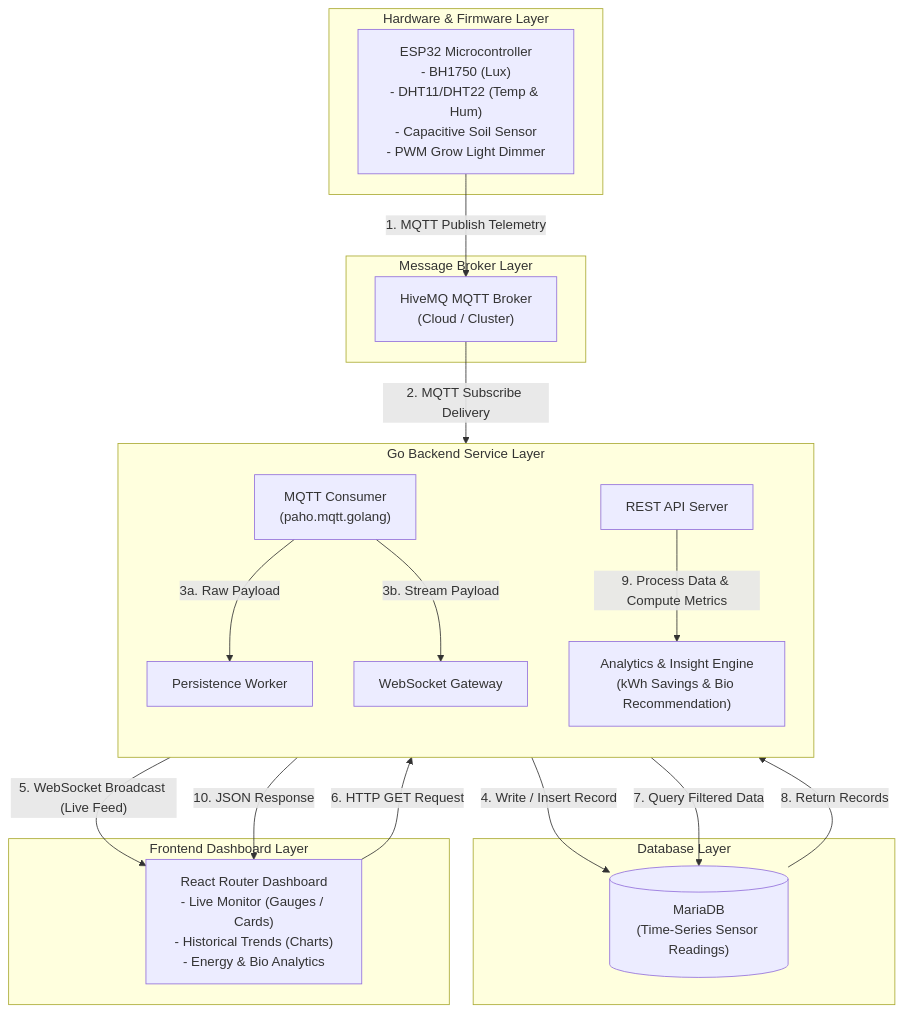
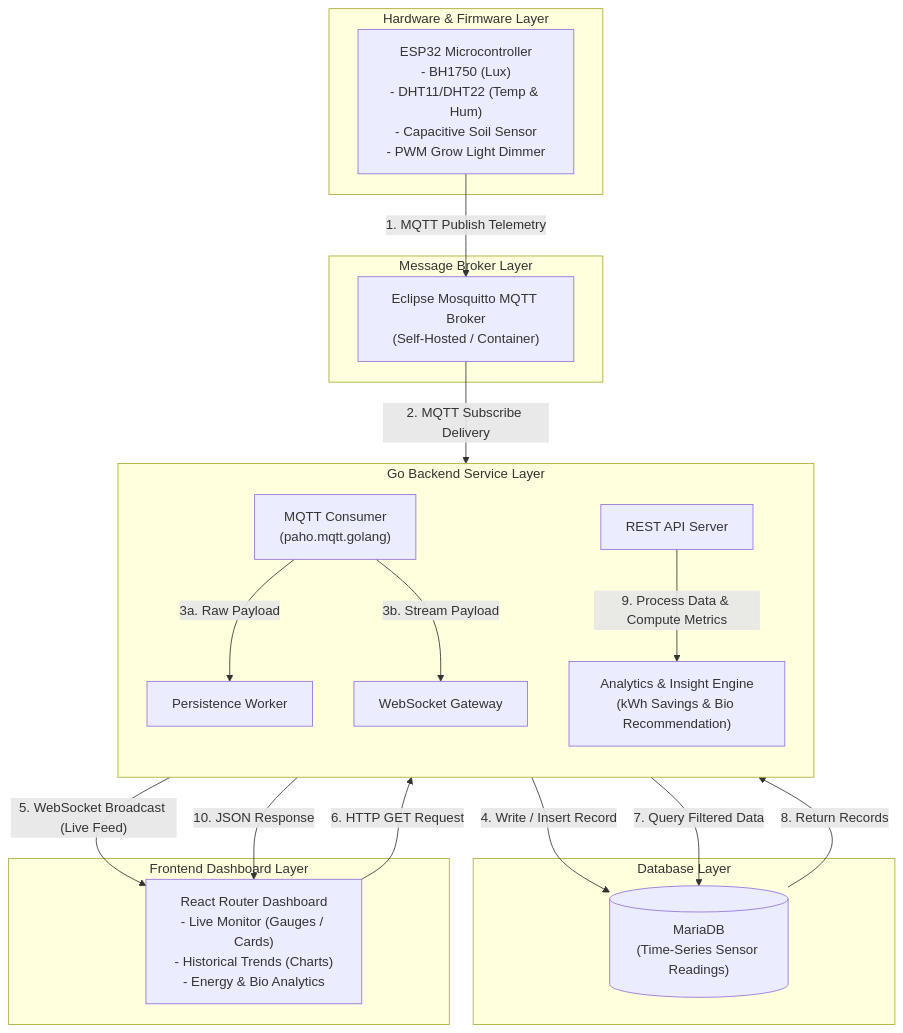
One commit to re4dam/mstr-smart-grow changed the diagram in docs/architecture/Techstack.md. Above: the diagram before and after it, drawn with Mermaid. The commit also changed other lines of this file and 12 other files, not shown here.

Commit message:
docs: migrate MQTT broker references from HiveMQ to Eclipse Mosquitto across documentation and specifications

````diff
--- a/docs/architecture/Techstack.md
+++ b/docs/architecture/Techstack.md
@@ -25,44 +25,44 @@
 ```mermaid
 flowchart TD
     subgraph Edge ["Hardware & Firmware Layer"]
         ESP32["ESP32 Microcontroller\n- BH1750 (Lux)\n- DHT11/DHT22 (Temp & Hum)\n- Capacitive Soil Sensor\n- PWM Grow Light Dimmer"]
     end
 
     subgraph Broker ["Message Broker Layer"]
-        HiveMQ["HiveMQ MQTT Broker\n(Cloud / Cluster)"]
+        Mosquitto["Eclipse Mosquitto MQTT Broker\n(Self-Hosted / Container)"]
     end
 
     subgraph BackendApp ["Go Backend Service Layer"]
         direction TB
         MQTTSub["MQTT Consumer\n(paho.mqtt.golang)"]
         PersistWorker["Persistence Worker"]
         AnalyticsEngine["Analytics & Insight Engine\n(kWh Savings & Bio Recommendation)"]
         WSGateway["WebSocket Gateway"]
         RESTApi["REST API Server"]
     end
 
     subgraph Storage ["Database Layer"]
         MariaDB[("MariaDB\n(Time-Series Sensor Readings)")]
     end
 
     subgraph FrontendApp ["Frontend Dashboard Layer"]
         Dashboard["React Router Dashboard\n- Live Monitor (Gauges / Cards)\n- Historical Trends (Charts)\n- Energy & Bio Analytics"]
     end
 
     %% Data Ingestion Flow
-    ESP32 -- "1. MQTT Publish Telemetry" --> HiveMQ
-    HiveMQ -- "2. MQTT Subscribe Delivery" --> MQTTSub
+    ESP32 -- "1. MQTT Publish Telemetry" --> Mosquitto
+    Mosquitto -- "2. MQTT Subscribe Delivery" --> MQTTSub
     MQTTSub -- "3a. Raw Payload" --> PersistWorker
     PersistWorker -- "4. Write / Insert Record" --> MariaDB
 
     %% Real-time Broadcast Flow
     MQTTSub -- "3b. Stream Payload" --> WSGateway
     WSGateway -- "5. WebSocket Broadcast (Live Feed)" --> Dashboard
 
     %% Historical & Analytics Query Flow
     Dashboard -- "6. HTTP GET Request" --> RESTApi
     RESTApi -- "7. Query Filtered Data" --> MariaDB
     MariaDB -- "8. Return Records" --> RESTApi
     RESTApi -- "9. Process Data & Compute Metrics" --> AnalyticsEngine
     AnalyticsEngine -- "10. JSON Response" --> Dashboard
 ```
````
